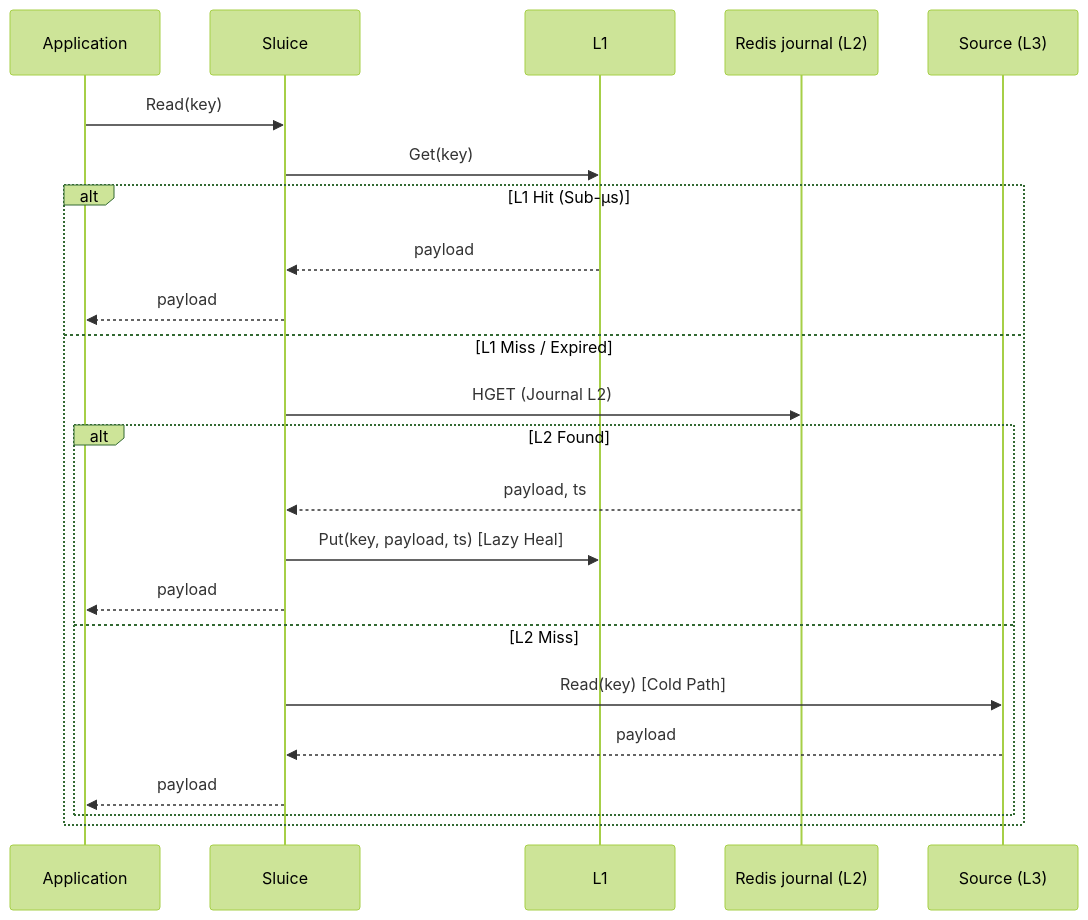
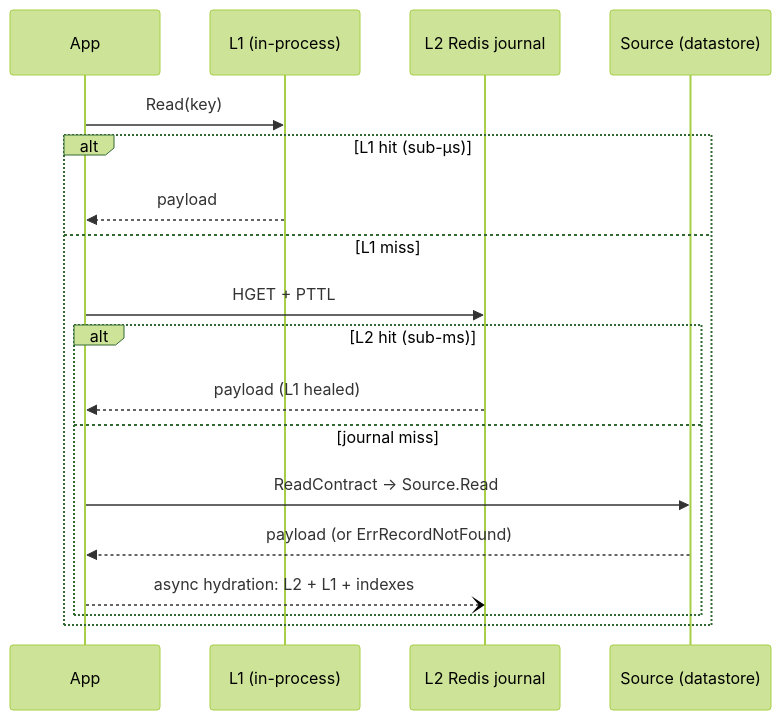
Before and after one commit to hussainpithawala/sluice-go: the third of 3 diagrams in README.md, drawn with Mermaid (forest theme). The commit also changed other lines of this file and 1 other file, not shown here.

````diff
--- a/README.md
+++ b/README.md
@@ -451,27 +254,21 @@
 ```mermaid
 sequenceDiagram
-    participant App as Application
-    participant S as Sluice
-    participant L1 as L1
-    participant L2 as Redis journal (L2)
-    participant L3 as Source (L3)
+    participant App
+    participant L1 as L1 (in-process)
+    participant L2 as L2 Redis journal
+    participant L3 as Source (datastore)
 
-    App->>S: Read(key)
-    S->>L1: Get(key)
-
-    alt L1 Hit (Sub-µs)
-        L1-->>S: payload
-        S-->>App: payload
-    else L1 Miss / Expired
-        S->>L2: HGET (Journal L2)
-        alt L2 Found
-            L2-->>S: payload, ts
-            S->>L1: Put(key, payload, ts) [Lazy Heal]
-            S-->>App: payload
-        else L2 Miss
-            S->>L3: Read(key) [Cold Path]
-            L3-->>S: payload
-            S-->>App: payload
+    App->>L1: Read(key)
+    alt L1 hit (sub-µs)
+        L1-->>App: payload
+    else L1 miss
+        App->>L2: HGET + PTTL
+        alt L2 hit (sub-ms)
+            L2-->>App: payload (L1 healed)
+        else journal miss
+            App->>L3: ReadContract → Source.Read
+            L3-->>App: payload (or ErrRecordNotFound)
+            App--)L2: async hydration: L2 + L1 + indexes
         end
     end
 ```
````
